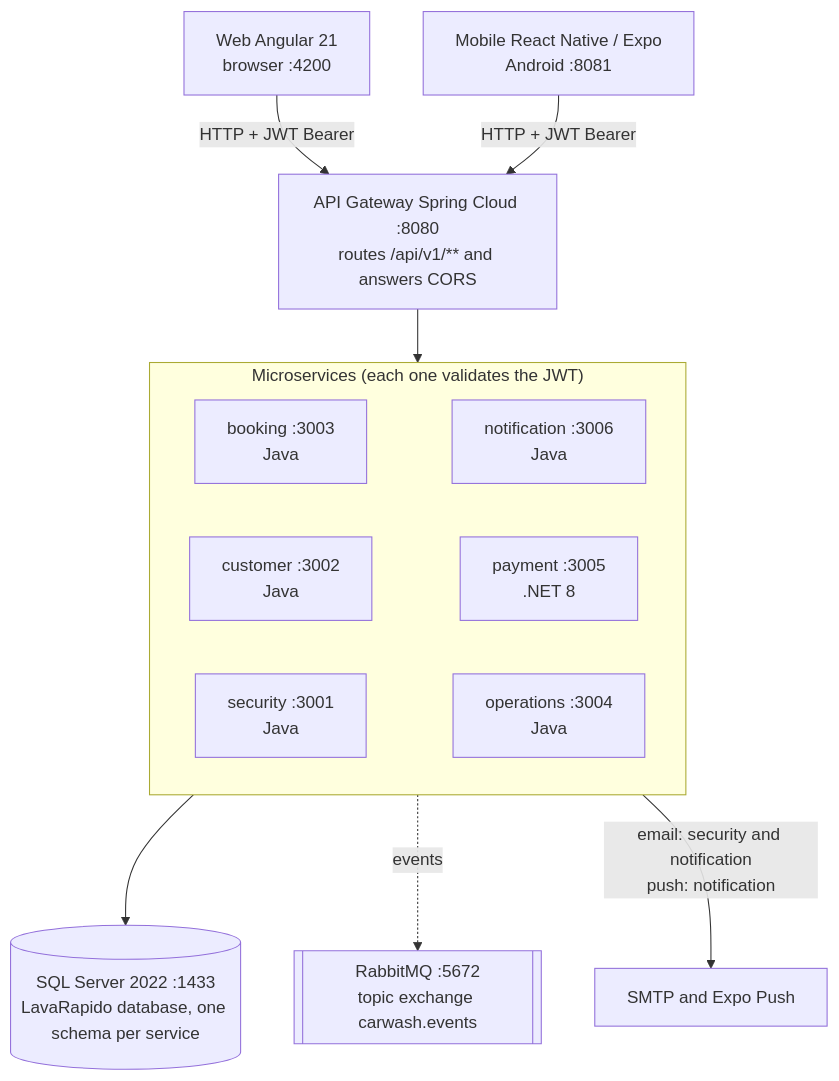
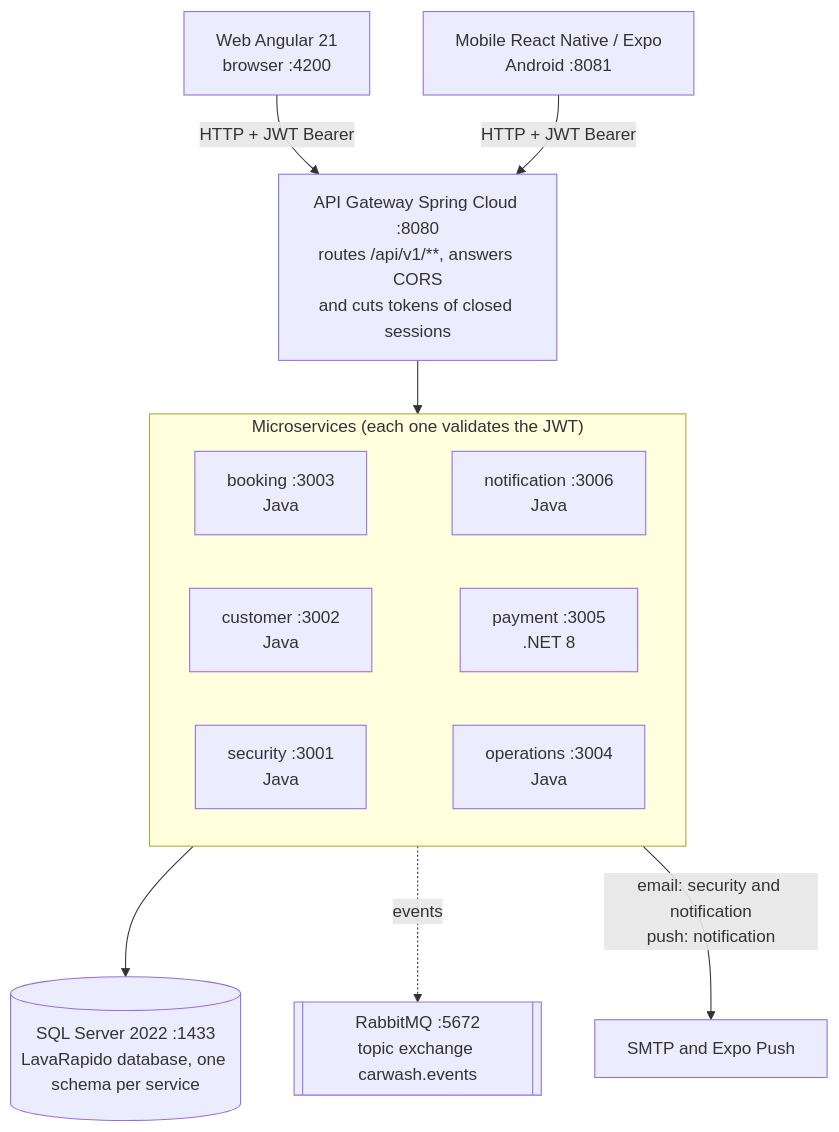
Before and after one commit to BrayanCABRERA123/lavarapido-docs: the second of 20 diagrams in 04_DOCUMENTACION_DE_DISENO_DEL_SOFTWARE/EN/MD/software-design-documentation.md, drawn with Mermaid. The commit also changed other lines of this file, not shown here.

````diff
--- a/04_DOCUMENTACION_DE_DISENO_DEL_SOFTWARE/EN/MD/software-design-documentation.md
+++ b/04_DOCUMENTACION_DE_DISENO_DEL_SOFTWARE/EN/MD/software-design-documentation.md
@@ -239,27 +239,27 @@
 ```mermaid
 flowchart TB
   WEB["Web Angular 21<br/>browser :4200"]
   MOV["Mobile React Native / Expo<br/>Android :8081"]
-  GW["API Gateway Spring Cloud :8080<br/>routes /api/v1/** and answers CORS"]
+  GW["API Gateway Spring Cloud :8080<br/>routes /api/v1/**, answers CORS<br/>and cuts tokens of closed sessions"]
     subgraph SVC["Microservices (each one validates the JWT)"]
       direction LR
       SEC["security :3001<br/>Java"]
       CUS["customer :3002<br/>Java"]
       BOK["booking :3003<br/>Java"]
       OPS["operations :3004<br/>Java"]
       PAY["payment :3005<br/>.NET 8"]
       NOT["notification :3006<br/>Java"]
       BOK ~~~ NOT
       CUS ~~~ PAY
       SEC ~~~ OPS
     end
   MQ[["RabbitMQ :5672<br/>topic exchange carwash.events"]]
   DB[("SQL Server 2022 :1433<br/>LavaRapido database, one schema per service")]
   EXT["SMTP and Expo Push"]
   WEB -->|HTTP + JWT Bearer| GW
   MOV -->|HTTP + JWT Bearer| GW
   GW --> SVC
   SVC --> DB
   SVC -.->|events| MQ
   SVC -->|"email: security and notification<br/>push: notification"| EXT
 ```
````
